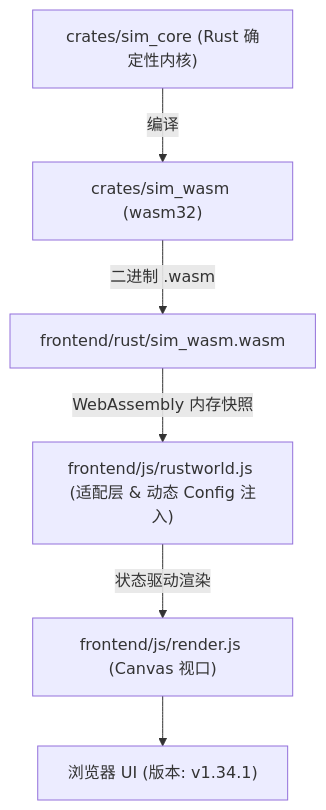
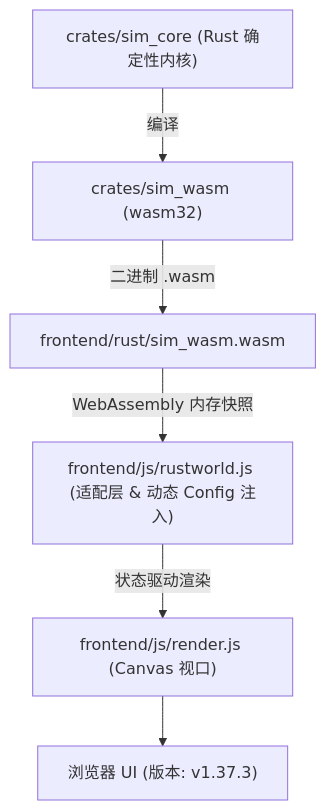
The diagram in AGENTS.md (g39088902/FlowAndAccord), drawn with Mermaid before and after one commit. The commit also changed other lines of this file and 51 other files, not shown here.

````diff
--- a/AGENTS.md
+++ b/AGENTS.md
@@ -51,8 +51,8 @@
 ```mermaid
 graph TD
     A["crates/sim_core (Rust 确定性内核)"] -->|编译| B["crates/sim_wasm (wasm32)"]
     B -->|二进制 .wasm| C["frontend/rust/sim_wasm.wasm"]
     C -->|WebAssembly 内存快照| D["frontend/js/rustworld.js (适配层 & 动态 Config 注入)"]
     D -->|状态驱动渲染| E["frontend/js/render.js (Canvas 视口)"]
-    E --> F["浏览器 UI (版本: v1.34.1)"]
+    E --> F["浏览器 UI (版本: v1.37.3)"]
 ```
````
